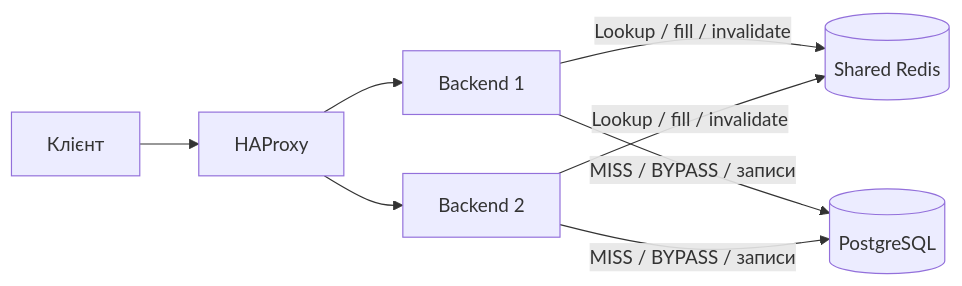
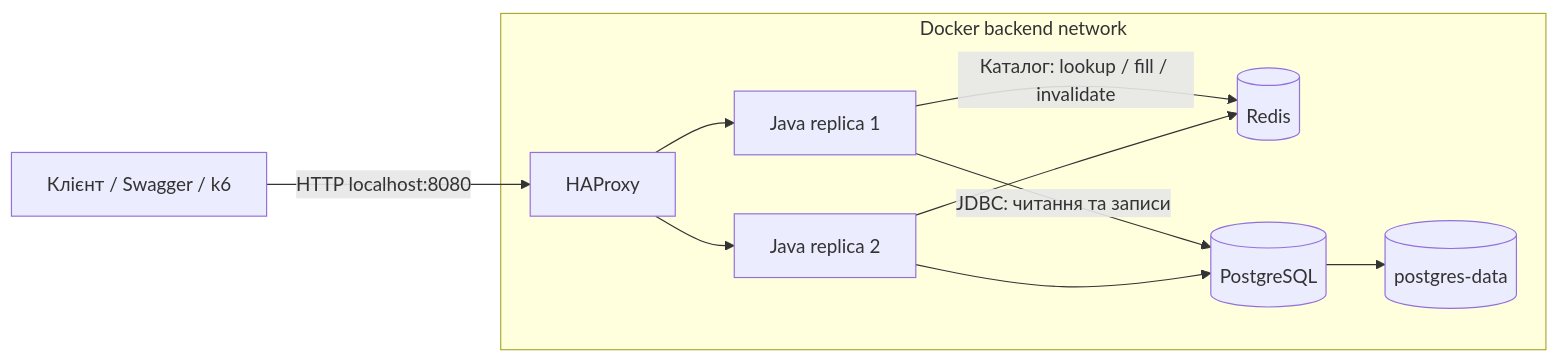
The diagram in README.md (y-nikitin/high_load), drawn with Mermaid before and after one commit. The commit also changed other lines of this file and 3 other files, not shown here.

````diff
--- a/README.md
+++ b/README.md
@@ -65,10 +48,13 @@
 ```mermaid
 flowchart LR
-    C[Клієнт] --> LB[HAProxy]
-    LB --> A1[Backend 1]
-    LB --> A2[Backend 2]
-    A1 -->|Lookup / fill / invalidate| R[(Shared Redis)]
-    A2 -->|Lookup / fill / invalidate| R
-    A1 -->|MISS / BYPASS / записи| DB[(PostgreSQL)]
-    A2 -->|MISS / BYPASS / записи| DB
+    C[Клієнт / Swagger / k6] -->|HTTP localhost:8080| LB[HAProxy]
+    subgraph network[Docker backend network]
+        LB --> A1[Java replica 1]
+        LB --> A2[Java replica 2]
+        A1 -->|Каталог: lookup / fill / invalidate| R[(Redis)]
+        A2 --> R
+        A1 -->|JDBC: читання та записи| DB[(PostgreSQL)]
+        A2 --> DB
+        DB --> V[(postgres-data)]
+    end
 ```
````
